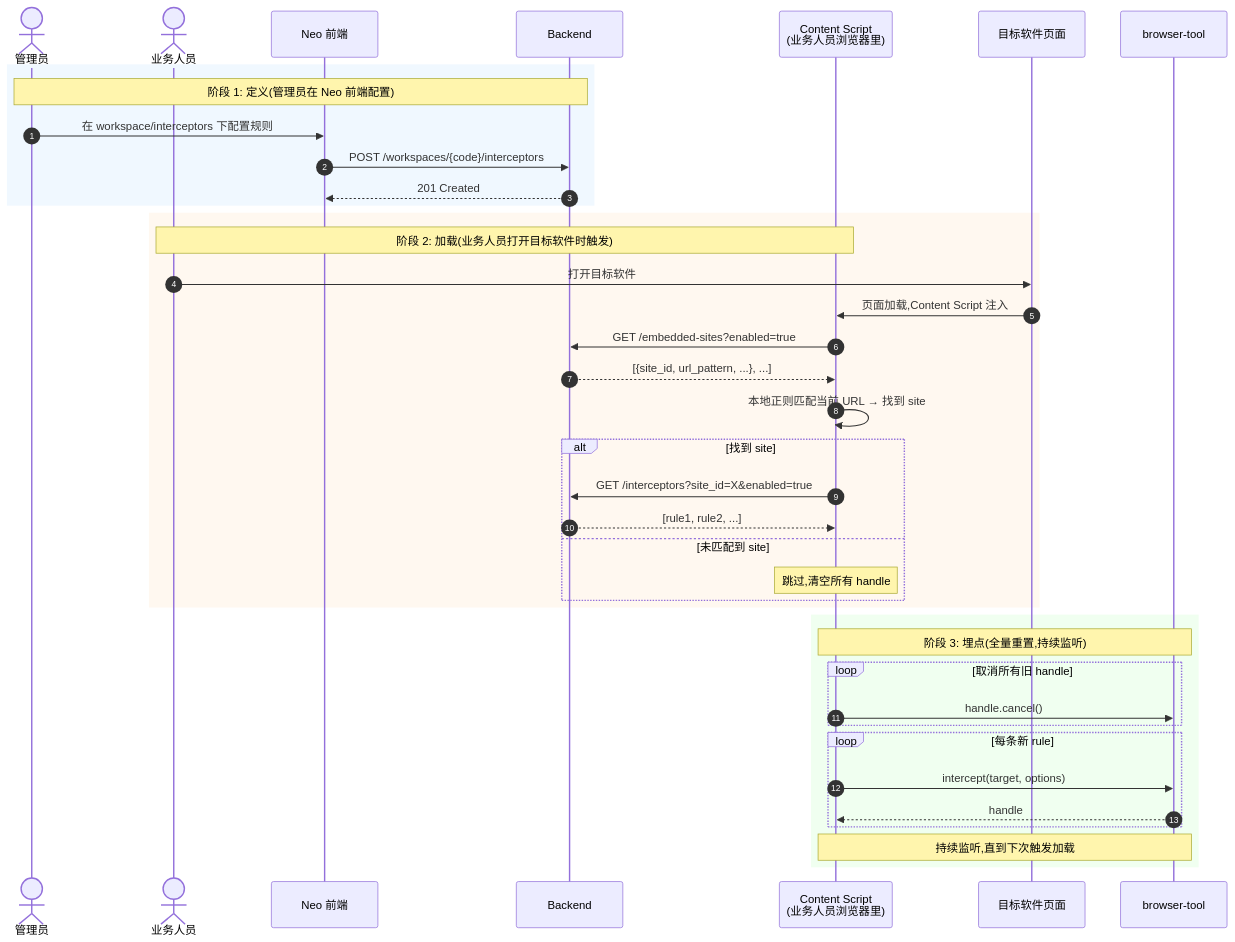
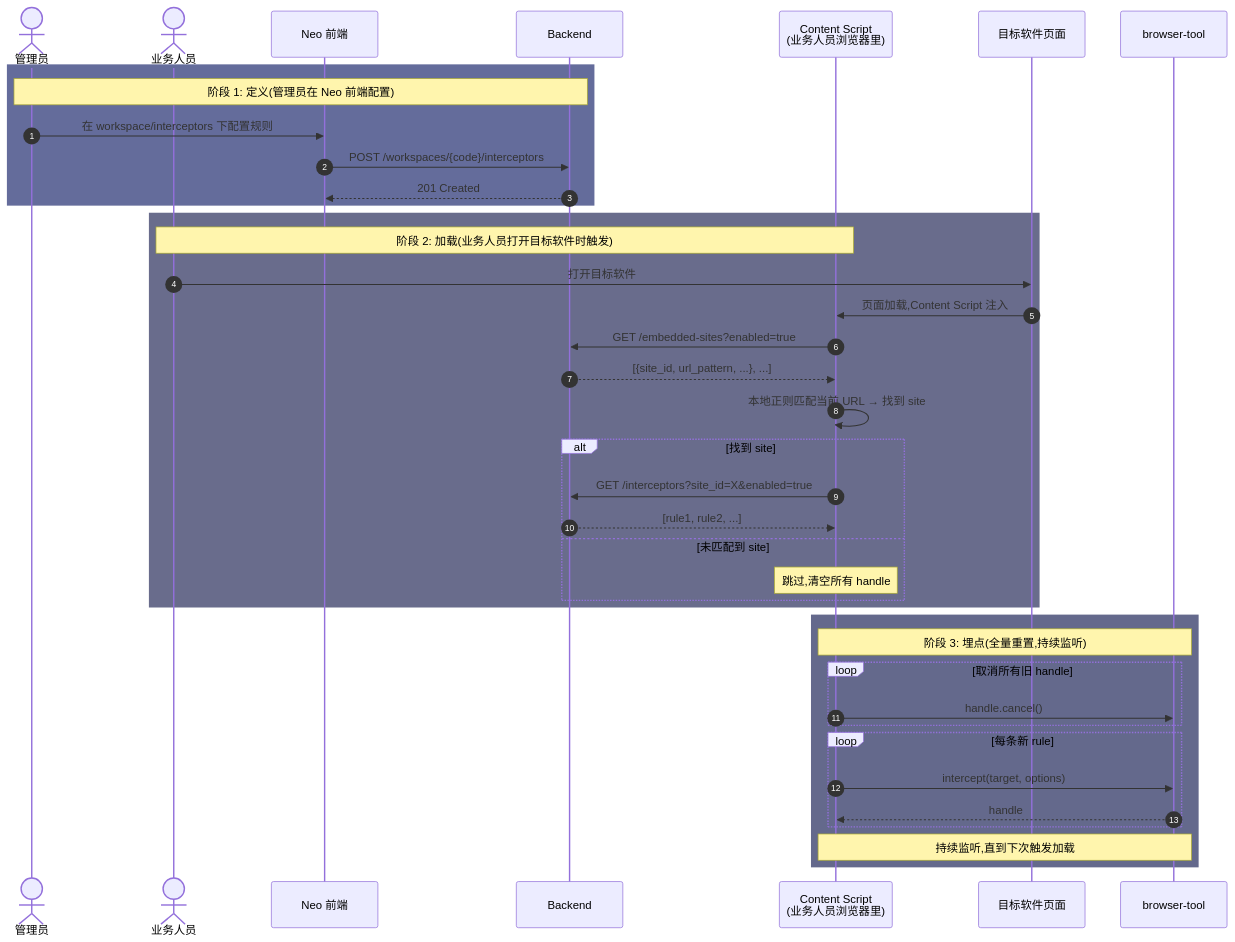
Before and after one commit to zhaoxin34/matrix: the first of 2 diagrams in neo/design/docs/technical/agent-steer/interceptor.md, drawn with Mermaid. The commit also changed other lines of this file, not shown here.

````diff
--- a/neo/design/docs/technical/agent-steer/interceptor.md
+++ b/neo/design/docs/technical/agent-steer/interceptor.md
@@ -311,45 +311,45 @@
 ```mermaid
 sequenceDiagram
     autonumber
     actor A as 管理员
     actor B as 业务人员
     participant FE as Neo 前端
     participant BE as Backend
     participant CS as Content Script<br/>(业务人员浏览器里)
     participant Page as 目标软件页面
     participant BT as browser-tool
 
-    rect rgb(240, 248, 255)
+    rect rgb(100, 108, 155)
     Note over A,BE: 阶段 1: 定义(管理员在 Neo 前端配置)
     A->>FE: 在 workspace/interceptors 下配置规则
     FE->>BE: POST /workspaces/{code}/interceptors
     BE-->>FE: 201 Created
     end
 
-    rect rgb(255, 248, 240)
+    rect rgb(105, 108, 140)
     Note over B,CS: 阶段 2: 加载(业务人员打开目标软件时触发)
     B->>Page: 打开目标软件
     Page->>CS: 页面加载,Content Script 注入
     CS->>BE: GET /embedded-sites?enabled=true
     BE-->>CS: [{site_id, url_pattern, ...}, ...]
     CS->>CS: 本地正则匹配当前 URL → 找到 site
     alt 找到 site
         CS->>BE: GET /interceptors?site_id=X&enabled=true
         BE-->>CS: [rule1, rule2, ...]
     else 未匹配到 site
         Note over CS: 跳过,清空所有 handle
     end
     end
 
-    rect rgb(240, 255, 240)
+    rect rgb(100, 105, 140)
     Note over CS,BT: 阶段 3: 埋点(全量重置,持续监听)
     loop 取消所有旧 handle
         CS->>BT: handle.cancel()
     end
     loop 每条新 rule
         CS->>BT: intercept(target, options)
         BT-->>CS: handle
     end
     Note over CS,BT: 持续监听,直到下次触发加载
     end
 ```
````
